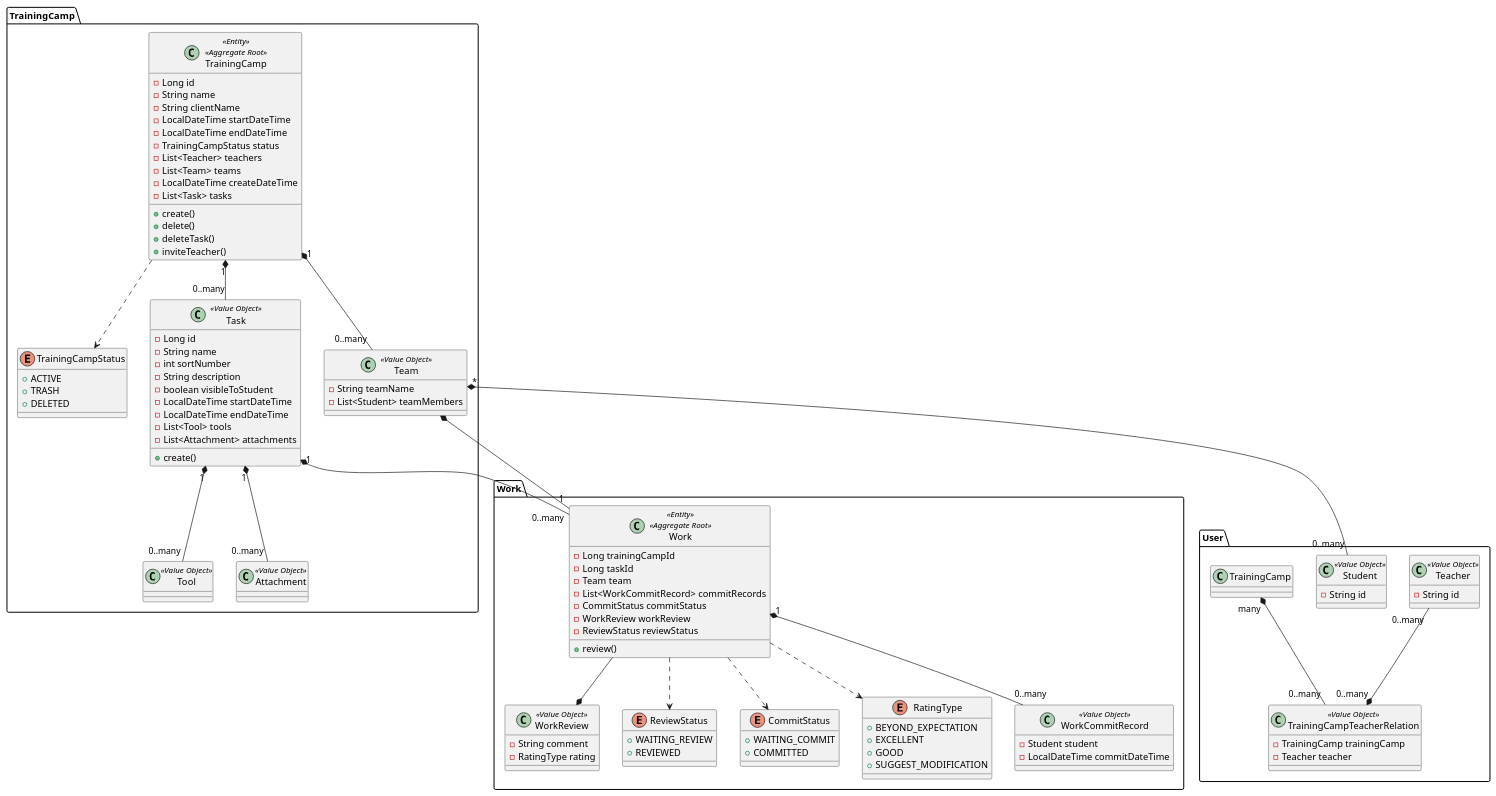
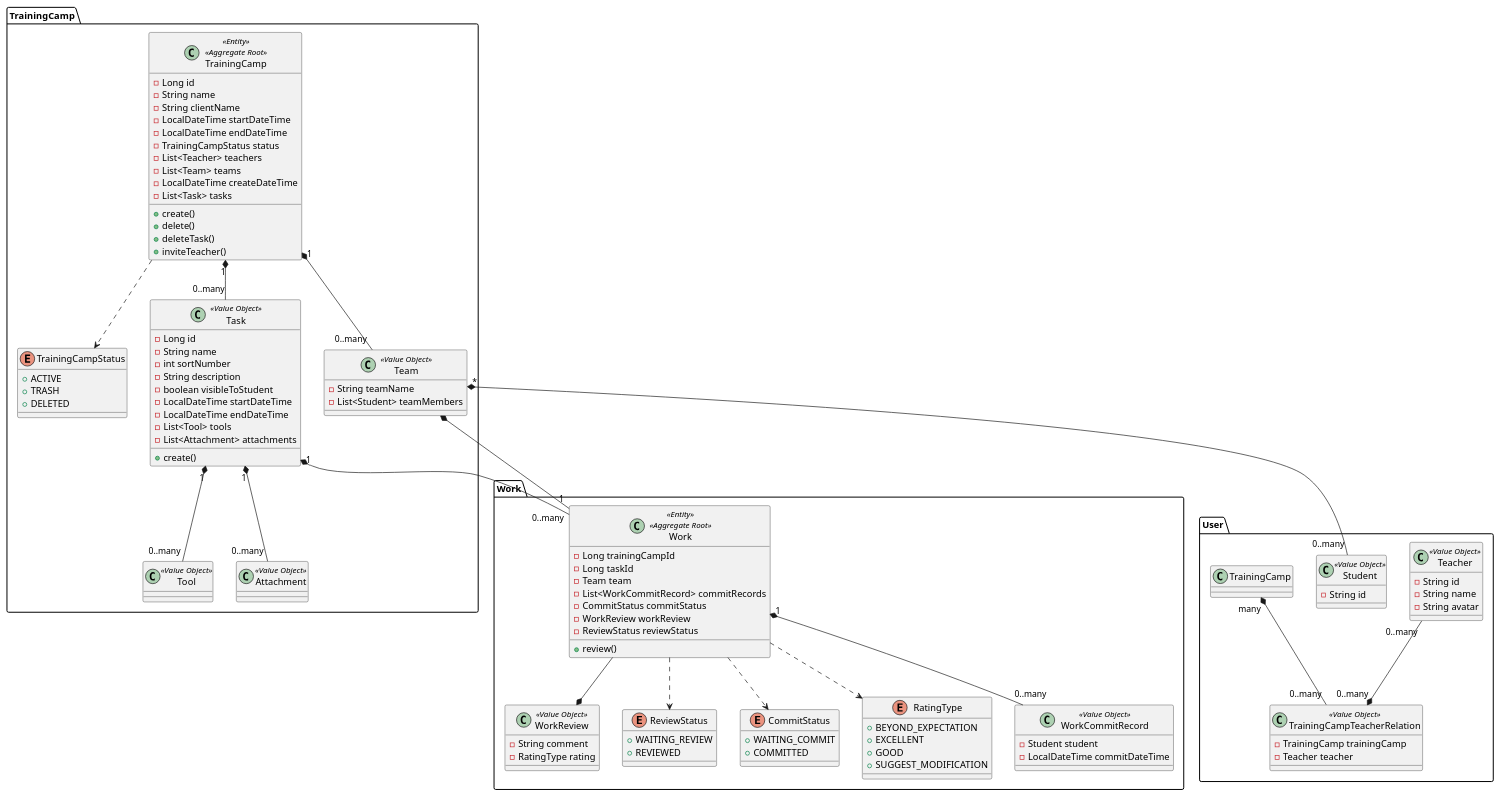
The diagram in src/main/java/TrainingCamp.puml (baggio-wangpu/DDD), drawn with PlantUML before and after one commit.

Commit message:
Update model

```diff
--- a/src/main/java/TrainingCamp.puml
+++ b/src/main/java/TrainingCamp.puml
@@ -1,131 +1,133 @@
 @startuml
 
 package "TrainingCamp" {
 
     class TrainingCamp <<Entity>> <<Aggregate Root>> {
         - Long id
         - String name
         - String clientName
         - LocalDateTime startDateTime
         - LocalDateTime endDateTime
         - TrainingCampStatus status
         - List<Teacher> teachers
         - List<Team> teams
         - LocalDateTime createDateTime
         - List<Task> tasks
         + create()
         + delete()
         + deleteTask()
         + inviteTeacher()
     }
 
     enum TrainingCampStatus{
         + ACTIVE
         + TRASH
         + DELETED
     }
 
     class Task <<Value Object>> {
         - Long id
         - String name
         - int sortNumber
         - String description
         - boolean visibleToStudent
         - LocalDateTime startDateTime
         - LocalDateTime endDateTime
         - List<Tool> tools
         - List<Attachment> attachments
         + create()
     }
 
     class Tool <<Value Object>> {
     }
 
     class Attachment <<Value Object>> {
     }
 
     class Team <<Value Object>> {
         - String teamName
         - List<Student> teamMembers
     }
 
     TrainingCamp ..> TrainingCampStatus
     TrainingCamp "1" *-- "0..many" Task
     TrainingCamp "1" *-- "0..many" Team
     Task "1" *-- "0..many" Tool
     Task "1" *-- "0..many" Attachment
 }
 
 package "User" {
 
     class Teacher <<Value Object>> {
         - String id
+        - String name
+        - String avatar
     }
 
     class Student <<Value Object>> {
         - String id
     }
 
     class TrainingCampTeacherRelation <<Value Object>> {
         - TrainingCamp trainingCamp
         - Teacher teacher
     }
 
     Teacher "0..many" --* "0..many"  TrainingCampTeacherRelation
     TrainingCamp "many" *-- "0..many" TrainingCampTeacherRelation
     Team "*" *-- "0..many" Student
 }
 
 package "Work" {
 
     class Work <<Entity>> <<Aggregate Root>> {
         - Long trainingCampId
         - Long taskId
         - Team team
         - List<WorkCommitRecord> commitRecords
         - CommitStatus commitStatus
         - WorkReview workReview
         - ReviewStatus reviewStatus
         + review()
     }
 
     class WorkReview <<Value Object>> {
         - String comment
         - RatingType rating
     }
 
     enum ReviewStatus {
         + WAITING_REVIEW
         + REVIEWED
     }
 
     enum CommitStatus {
         + WAITING_COMMIT
         + COMMITTED
     }
 
 
     enum RatingType {
         + BEYOND_EXPECTATION
         + EXCELLENT
         + GOOD
         + SUGGEST_MODIFICATION
     }
 
     class WorkCommitRecord <<Value Object>> {
         - Student student
         - LocalDateTime commitDateTime
     }
 
     Task "1" *-- "0..many" Work
     Work ..> RatingType
     Work ..> ReviewStatus
     Work ..> CommitStatus
     Work "1" *-- "0..many" WorkCommitRecord
     Work "1" --* Team
     Work  --* WorkReview
 
 }
 
 
 @enduml
```
